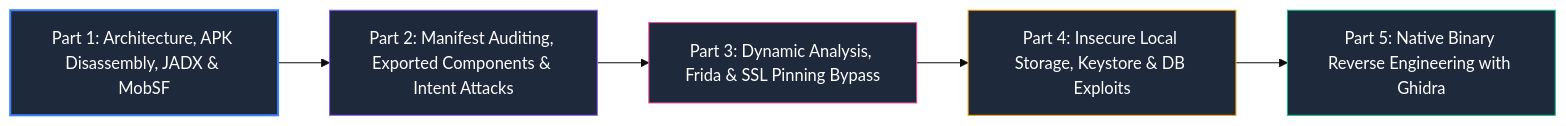
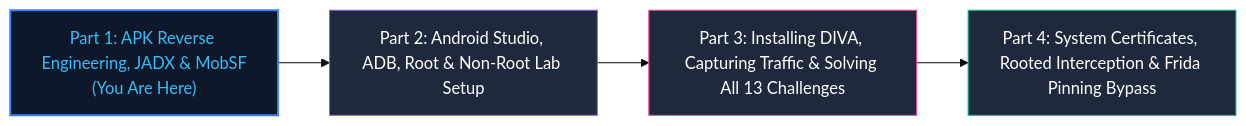
One commit to sivaoffl04/Cyber-Blog changed diagram 16 of 16 in Android_pentest/Introduction, APK Analysis, JADX & MobSF/Android_pentest_part-1.MD. Above: the diagram before and after it, drawn with Mermaid (base theme). The commit also changed other lines of this file and 8 other files, not shown here.

First line of the commit message:
docs(android-pentest): enhance parts 1-4 with deep technical analysis and accurate course sync

````diff
--- a/Android_pentest/Introduction, APK Analysis, JADX & MobSF/Android_pentest_part-1.MD
+++ b/Android_pentest/Introduction, APK Analysis, JADX & MobSF/Android_pentest_part-1.MD
@@ -811,15 +930,12 @@
 ```mermaid
+flowchart LR
+    P1["Part 1: APK Reverse Engineering, JADX & MobSF\n(You Are Here)"]
+    --> P2["Part 2: Android Studio, ADB, Root & Non-Root Lab Setup"]
+    --> P3["Part 3: Installing DIVA, Capturing Traffic & Solving All 13 Challenges"]
+    --> P4["Part 4: System Certificates, Rooted Interception & Frida Pinning Bypass"]
 
-flowchart LR
-    P1["Part 1: Architecture, APK Disassembly, JADX & MobSF"]
-    --> P2["Part 2: Manifest Auditing, Exported Components & Intent Attacks"]
-    --> P3["Part 3: Dynamic Analysis, Frida & SSL Pinning Bypass"]
-    --> P4["Part 4: Insecure Local Storage, Keystore & DB Exploits"]
-    --> P5["Part 5: Native Binary Reverse Engineering with Ghidra"]
-
-    style P1 fill:#1e293b,stroke:#3b82f6,stroke-width:2px,color:#fff
+    style P1 fill:#0f172a,stroke:#3b82f6,stroke-width:2px,color:#38bdf8
     style P2 fill:#1e293b,stroke:#8b5cf6,stroke-width:1px,color:#fff
     style P3 fill:#1e293b,stroke:#ec4899,stroke-width:1px,color:#fff
-    style P4 fill:#1e293b,stroke:#f59e0b,stroke-width:1px,color:#fff
-    style P5 fill:#1e293b,stroke:#10b981,stroke-width:1px,color:#fff
+    style P4 fill:#1e293b,stroke:#10b981,stroke-width:1px,color:#fff
 ```
````
